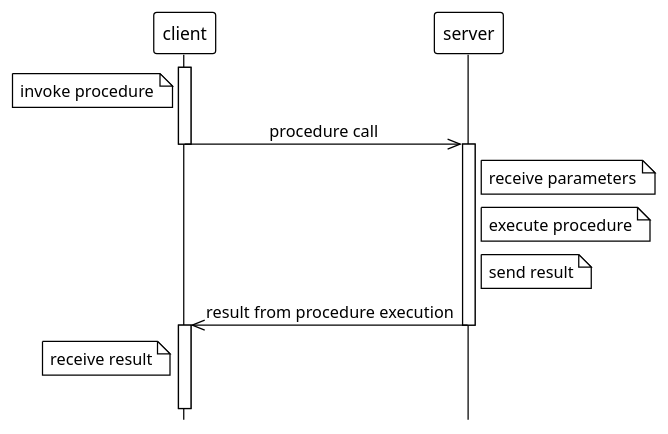
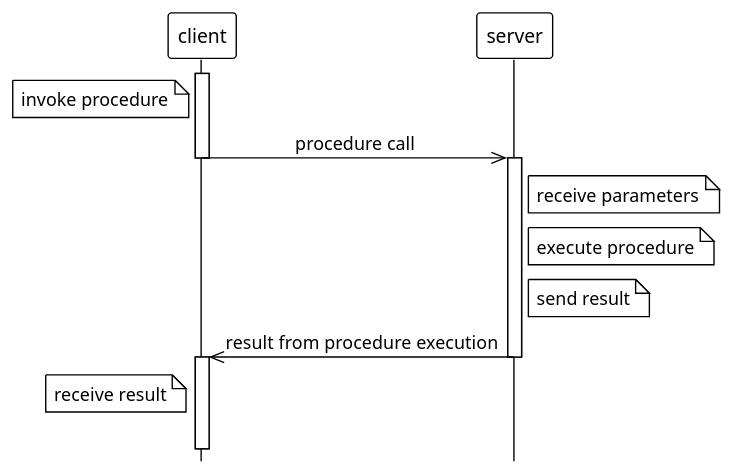
The diagram in grpc-java-examples/images/RPC.puml (c0p4c4b4n4/grpc-grpc-java), drawn with PlantUML before and after one commit. The commit also changed 1 other file, not shown here.

```diff
--- a/grpc-java-examples/images/RPC.puml
+++ b/grpc-java-examples/images/RPC.puml
@@ -1,27 +1,27 @@
 @startuml
 '!pragma teoz true
 !theme mono
-'scale 1.1
+scale 1.1
 'title Remote Procedure Calls (RPC)
 hide footbox
 skinparam TitleFontStyle plain
 skinparam sequenceMessageAlign center
 
 activate client
 note left of client: invoke procedure
 client ->> server : procedure call
 deactivate client
 activate server
 
 note right of server: receive parameters
 note right of server: execute procedure
 note right of server: send result
 
 server ->> client : result from procedure execution
 deactivate server
 activate client
 note left of client: receive result
 
 ||20||
 
 @enduml
```
